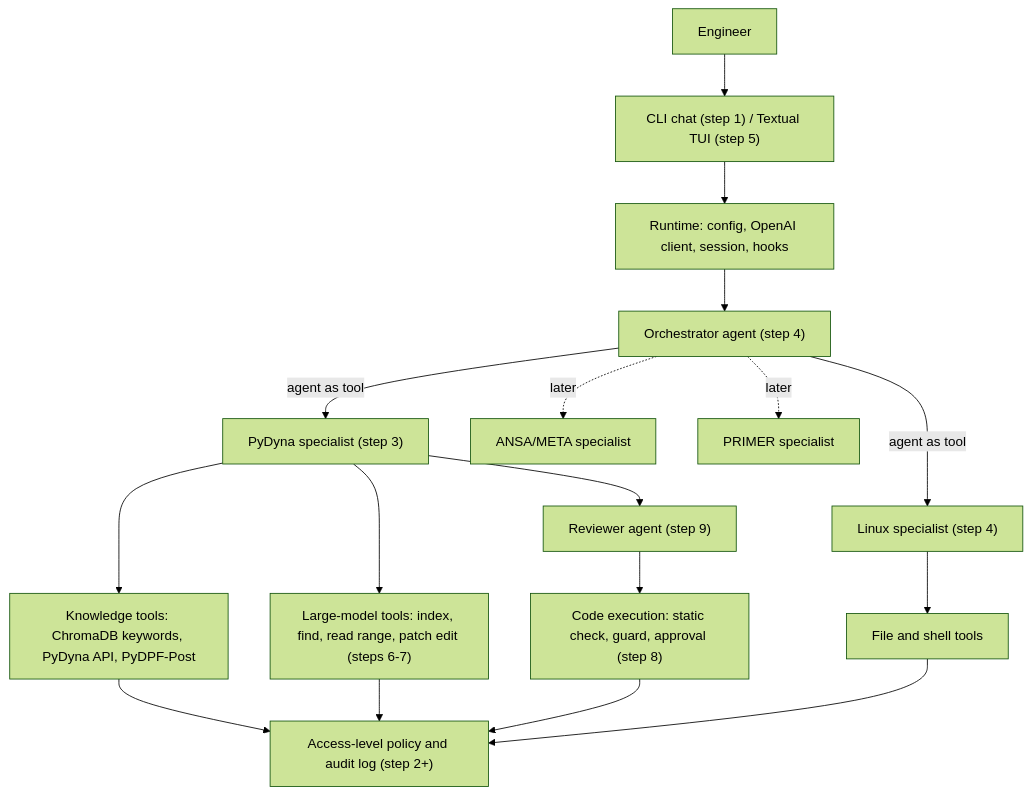
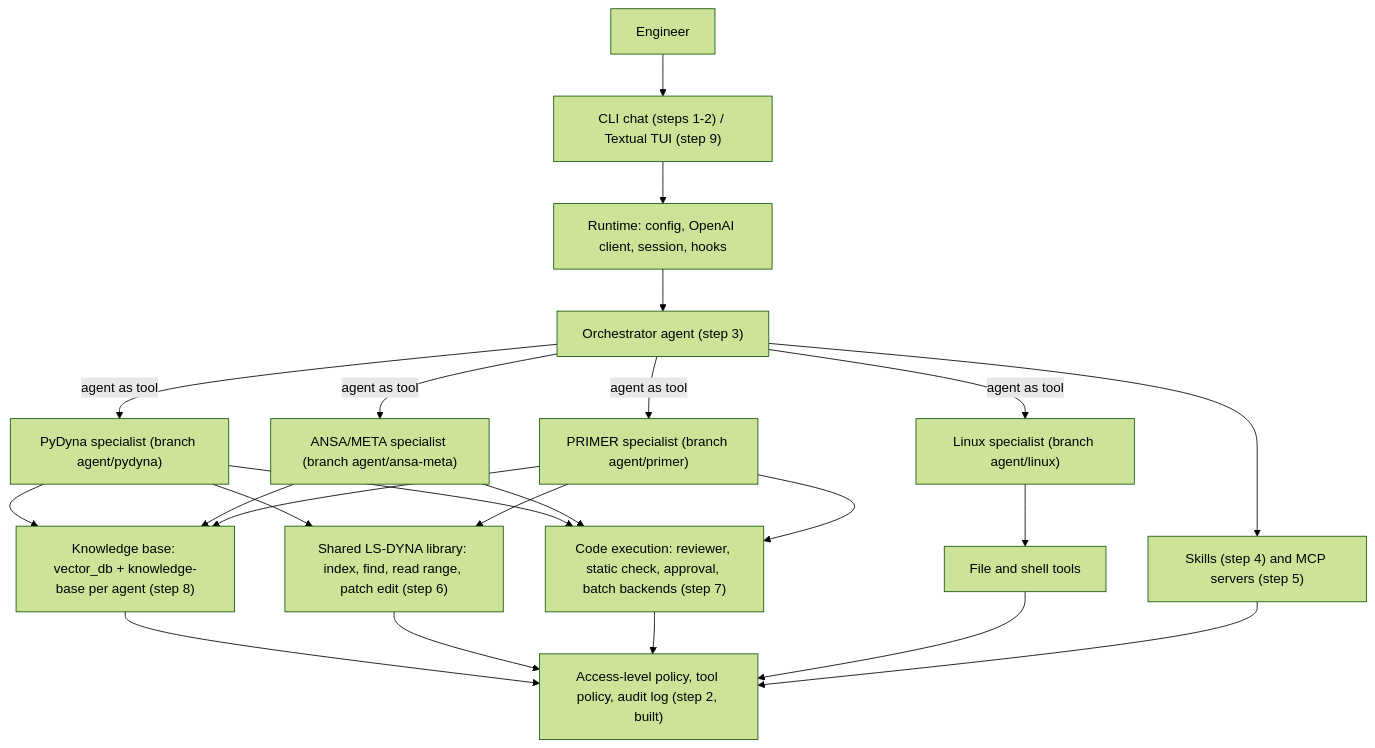
One commit to ManojMalavkar/Champion changed the diagram in docs/REPORT.md. Above: the diagram before and after it, drawn with Mermaid (forest theme). The commit also changed other lines of this file and 21 other files, not shown here.

First line of the commit message:
Step 2: access levels, tool policy, audit log and read-only file tools, 103 tests

````diff
--- a/docs/REPORT.md
+++ b/docs/REPORT.md
@@ -26,16 +26,16 @@
 ```mermaid
 flowchart TD
-    U[Engineer] --> UI["CLI chat (step 1) / Textual TUI (step 5)"]
+    U[Engineer] --> UI["CLI chat (steps 1-2) / Textual TUI (step 9)"]
     UI --> RT["Runtime: config, OpenAI client, session, hooks"]
-    RT --> ORC["Orchestrator agent (step 4)"]
-    ORC -->|agent as tool| PD["PyDyna specialist (step 3)"]
-    ORC -->|agent as tool| LX["Linux specialist (step 4)"]
-    ORC -.->|later| AM["ANSA/META specialist"]
-    ORC -.->|later| PR["PRIMER specialist"]
-    PD --> KB["Knowledge tools: ChromaDB keywords, PyDyna API, PyDPF-Post"]
-    PD --> MF["Large-model tools: index, find, read range, patch edit (steps 6-7)"]
-    PD --> RV["Reviewer agent (step 9)"]
-    RV --> EX["Code execution: static check, guard, approval (step 8)"]
+    RT --> ORC["Orchestrator agent (step 3)"]
+    ORC -->|agent as tool| LX["Linux specialist (branch agent/linux)"]
+    ORC -->|agent as tool| PD["PyDyna specialist (branch agent/pydyna)"]
+    ORC -->|agent as tool| AM["ANSA/META specialist (branch agent/ansa-meta)"]
+    ORC -->|agent as tool| PR["PRIMER specialist (branch agent/primer)"]
+    PD & AM & PR --> KB["Knowledge base: vector_db + knowledge-base per agent (step 8)"]
+    PD & PR --> MF["Shared LS-DYNA library: index, find, read range, patch edit (step 6)"]
+    PD & AM & PR --> EX["Code execution: reviewer, static check, approval, batch backends (step 7)"]
     LX --> SH["File and shell tools"]
-    KB & MF & EX & SH --> POL["Access-level policy and audit log (step 2+)"]
+    ORC --> SK["Skills (step 4) and MCP servers (step 5)"]
+    KB & MF & EX & SH & SK --> POL["Access-level policy, tool policy, audit log (step 2, built)"]
 ```
````
